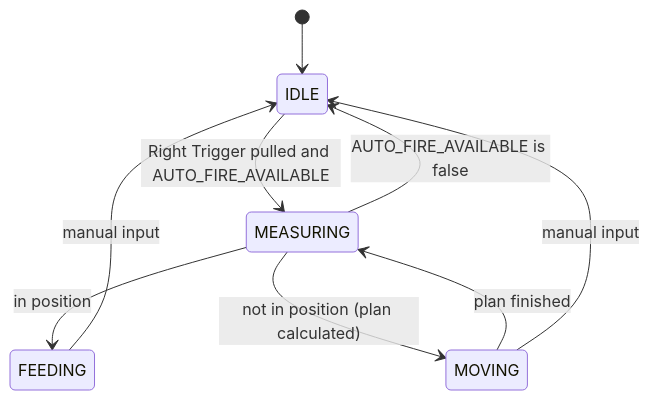
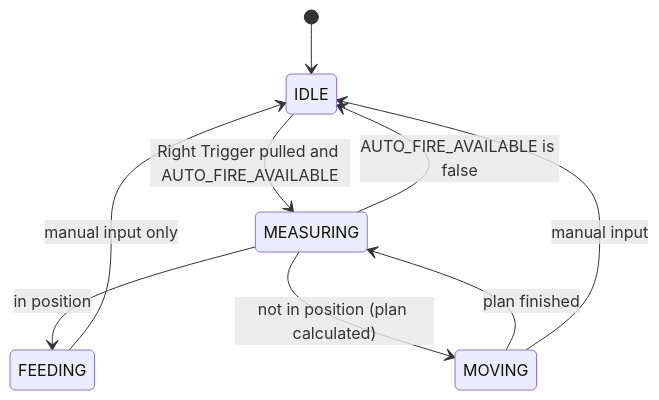
One commit to smbongio/IronEaglesFTC2026 changed the diagram in TELEOP_TECHNICAL_REQUIREMENTS.md. Above: the diagram before and after it, drawn with Mermaid. The commit also changed other lines of this file and 13 other files, not shown here.

````diff
--- a/TELEOP_TECHNICAL_REQUIREMENTS.md
+++ b/TELEOP_TECHNICAL_REQUIREMENTS.md
@@ -255,11 +290,11 @@
 ```mermaid
 stateDiagram-v2
     [*] --> IDLE
     IDLE --> MEASURING: Right Trigger pulled and AUTO_FIRE_AVAILABLE
     MEASURING --> IDLE: AUTO_FIRE_AVAILABLE is false
     MEASURING --> FEEDING: in position
     MEASURING --> MOVING: not in position (plan calculated)
     MOVING --> MEASURING: plan finished
-    FEEDING --> IDLE: manual input
+    FEEDING --> IDLE: manual input only
     MOVING --> IDLE: manual input
 ```
````
